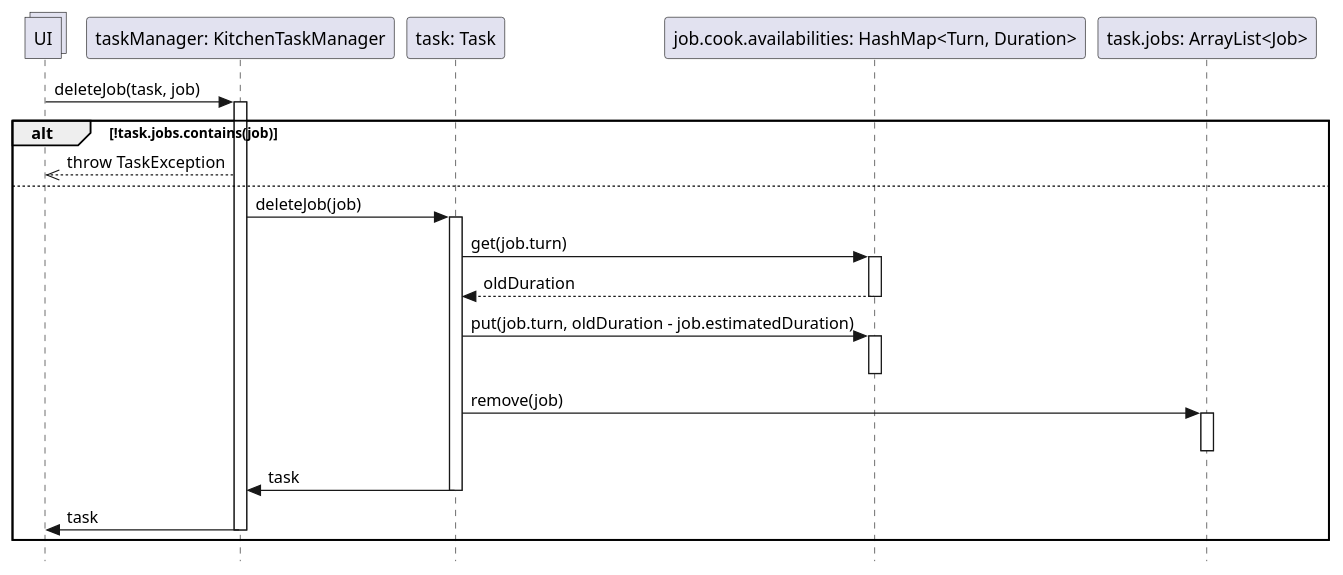
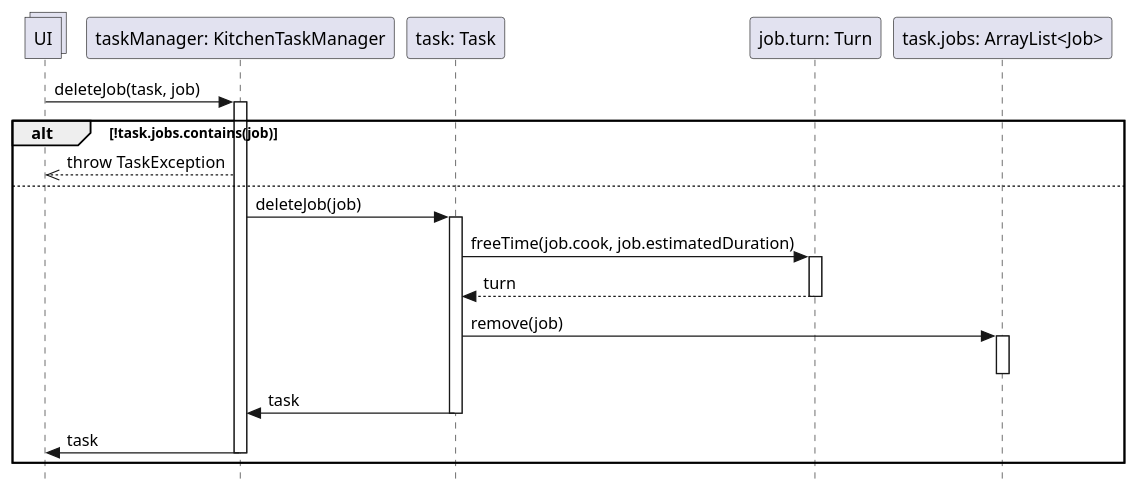
The diagram in DSD Operazione 6a.puml (stefa168/sas-project), drawn with PlantUML before and after one commit.

Commit message:
modifica di 6a

```diff
--- a/DSD Operazione 6a.puml
+++ b/DSD Operazione 6a.puml
@@ -1,43 +1,39 @@
 @startuml Operazione 6a
 skinparam Style strictuml
 
 collections UI
 
 'commento di prova per vedere se riesco a pushare sul nuovo pc
 
 participant "taskManager: KitchenTaskManager" as tm
+participant "task: Task" as task
+participant "job.turn: Turn" as t
+participant "task.jobs: ArrayList<Job>" as jl
+
 UI -> tm: deleteJob(task, job)
 activate tm
 
 alt !task.jobs.contains(job)
     UI <<-- tm: throw TaskException
-else 
-    participant "task: Task" as task
+else
     tm -> task: deleteJob(job)
     activate task
+    task -> t: freeTime(job.cook, job.estimatedDuration)
+    activate t
+    return turn
 
-    participant "job.cook.availabilities: HashMap<Turn, Duration>" as ca
-    task -> ca: get(job.turn)
-    activate ca
-    return oldDuration
-
-    task -> ca: put(job.turn, oldDuration - job.estimatedDuration)
-    activate ca
-    deactivate ca
-
-    participant "task.jobs: ArrayList<Job>" as jl
     task -> jl: remove(job)
     activate jl
     deactivate jl
 
     tm <- task: task
     deactivate task
 
     UI <- tm: task
     deactivate tm
 
 end
 
 deactivate tm
 
 @enduml
```
